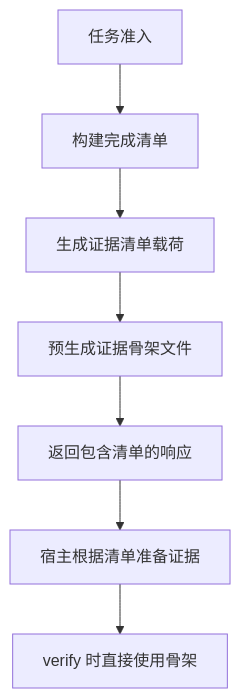
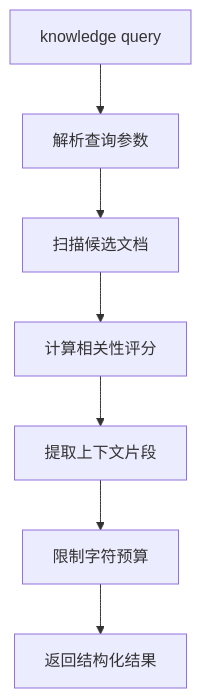
Before and after one commit to HackSing/docs-harness: the fifth of 9 diagrams in .qoder/repowiki/zh/content/证据系统/证据系统.md, drawn with Mermaid. The commit also changed other lines of this file and 42 other files, not shown here.

````diff
--- a/.qoder/repowiki/zh/content/证据系统/证据系统.md
+++ b/.qoder/repowiki/zh/content/证据系统/证据系统.md
@@ -227,9 +195,9 @@
 ```mermaid
 flowchart TD
-A["任务准入"] --> B["构建完成清单"]
-B --> C["生成证据清单载荷"]
-C --> D["预生成证据骨架文件"]
-D --> E["返回包含清单的响应"]
-E --> F["宿主根据清单准备证据"]
-F --> G["verify 时直接使用骨架"]
+A["knowledge query"] --> B["解析查询参数"]
+B --> C["扫描候选文档"]
+C --> D["计算相关性评分"]
+D --> E["提取上下文片段"]
+E --> F["限制字符预算"]
+F --> G["返回结构化结果"]
 ```
````
